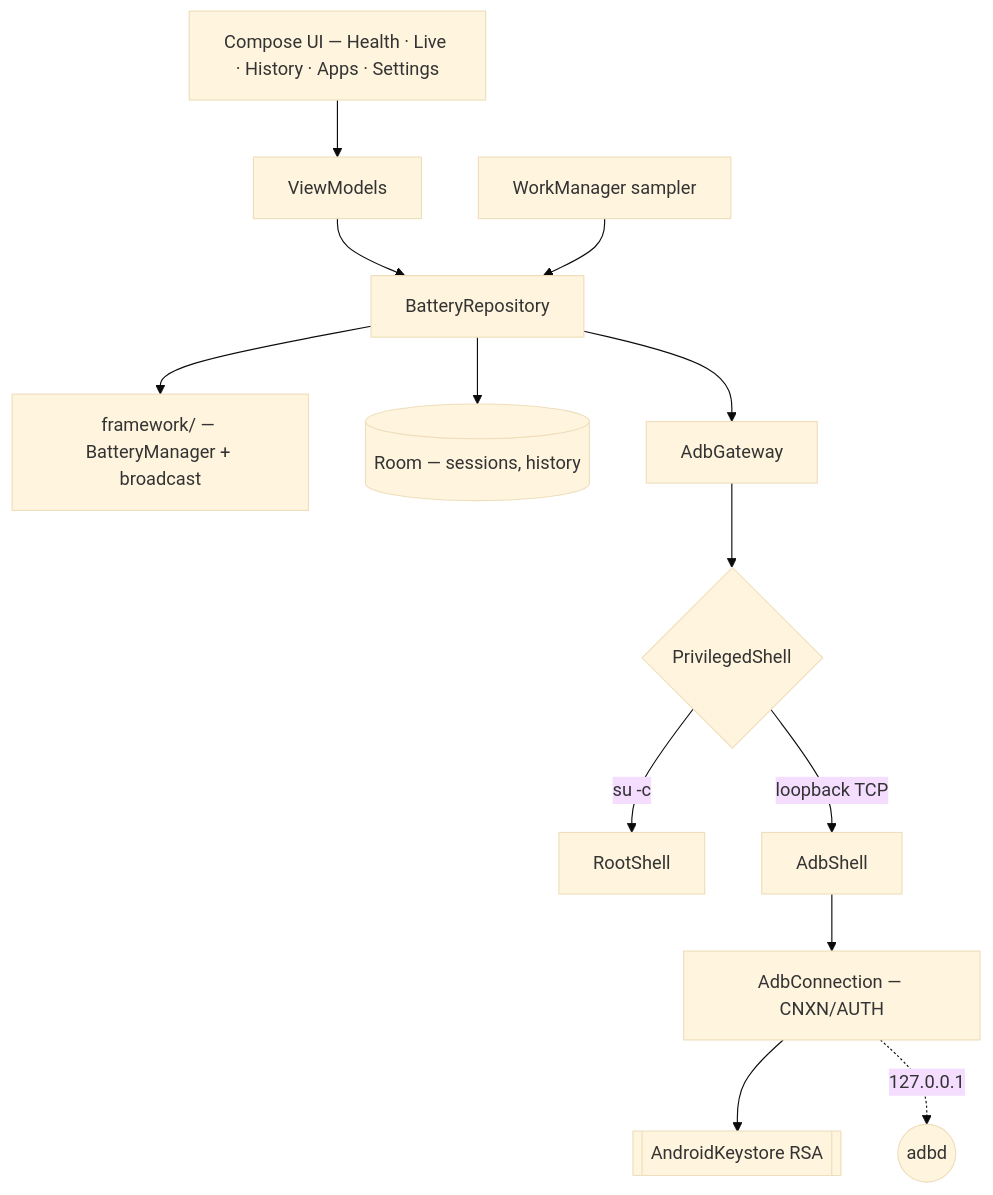
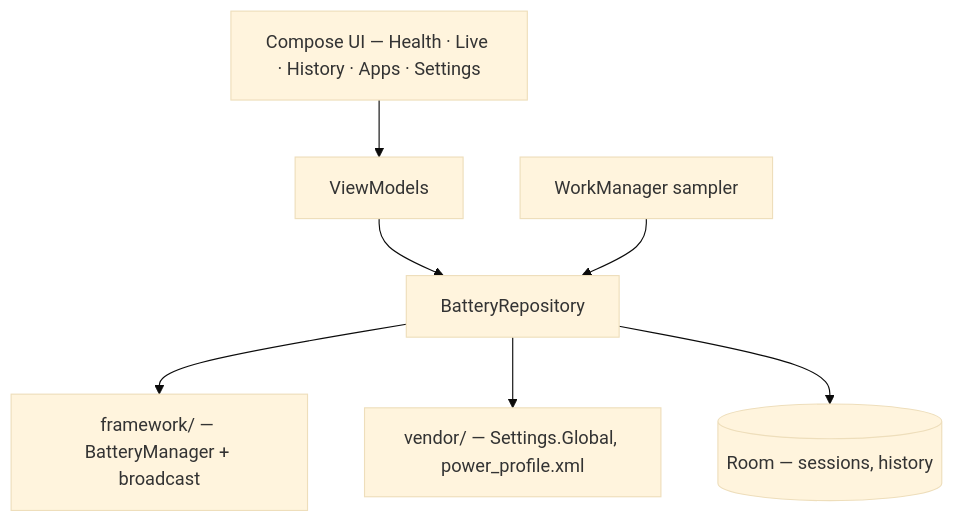
Before and after one commit to mralaminahamed/battery-health: the diagram in README.md, drawn with Mermaid (base theme). The commit also changed other lines of this file and 4 other files, not shown here.

````diff
--- a/README.md
+++ b/README.md
@@ -101,15 +110,9 @@
 ```mermaid
 flowchart TD
   ui["Compose UI — Health · Live · History · Apps · Settings"] --> vm["ViewModels"]
   vm --> repo["BatteryRepository"]
   repo --> fw["framework/ — BatteryManager + broadcast"]
+  repo --> vendor["vendor/ — Settings.Global, power_profile.xml"]
   repo --> room[("Room — sessions, history")]
-  repo --> priv["AdbGateway"]
-  priv --> shell{"PrivilegedShell"}
-  shell -->|"su -c"| root["RootShell"]
-  shell -->|"loopback TCP"| adb["AdbShell"]
-  adb --> conn["AdbConnection — CNXN/AUTH"]
-  conn --> keystore[["AndroidKeystore RSA"]]
-  conn -.->|"127.0.0.1"| adbd(("adbd"))
   work["WorkManager sampler"] --> repo
 ```
````
